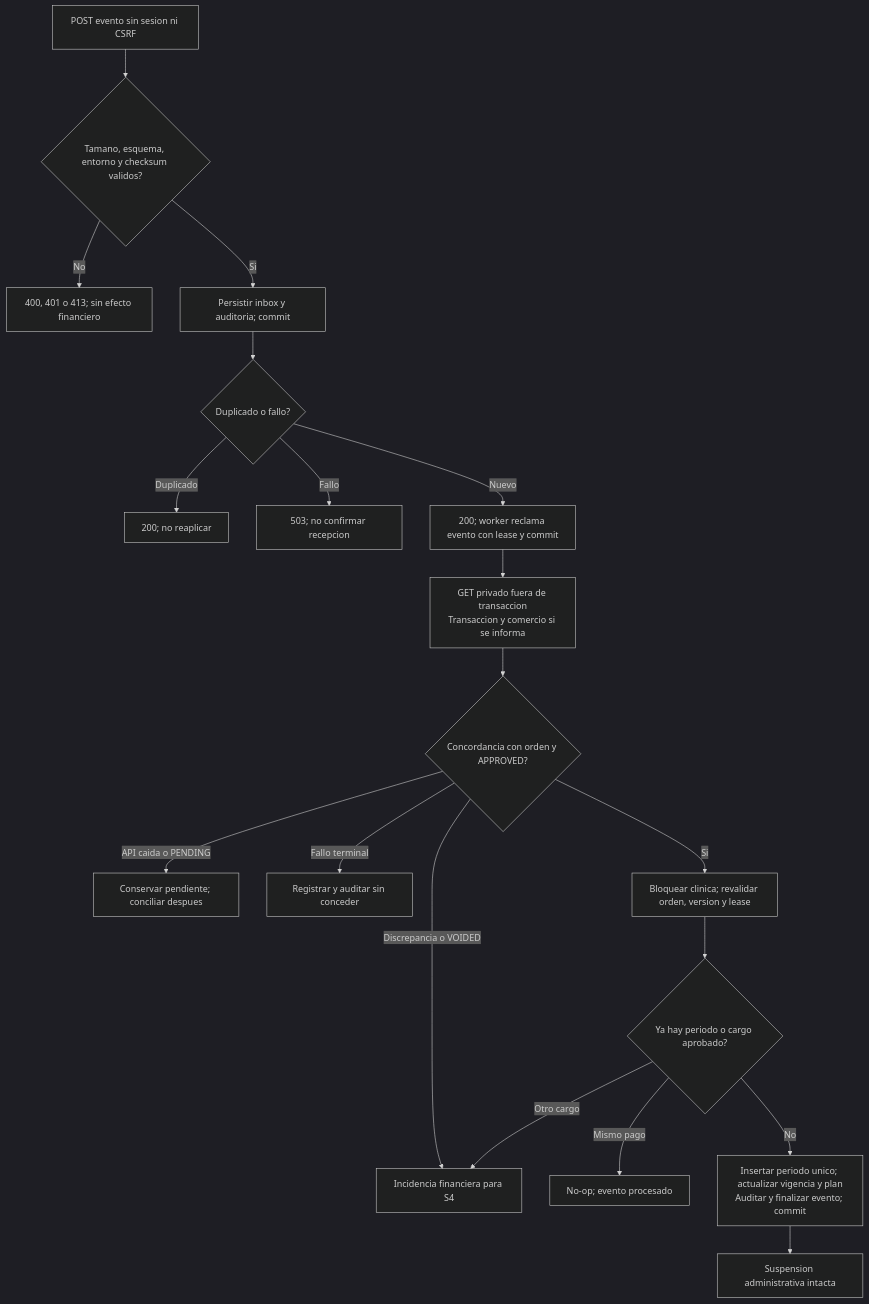
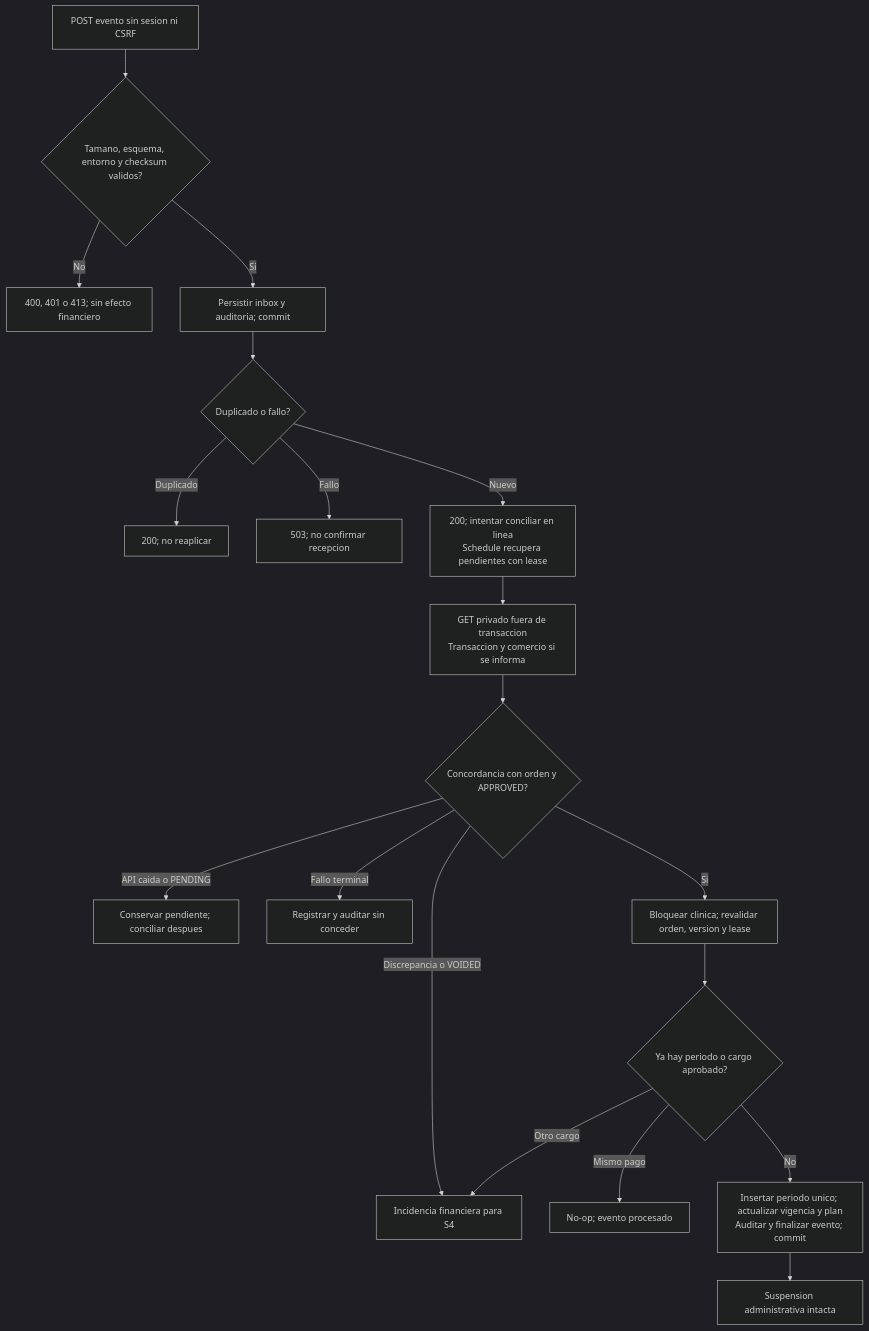
Diagram 33 of 35 in documentacion/Modelos.md (carvajal7lsch-commits/Zooki), drawn with Mermaid (dark theme) before and after one commit. The commit also changed other lines of this file and 8 other files, not shown here.

````diff
--- a/documentacion/Modelos.md
+++ b/documentacion/Modelos.md
@@ -1419,21 +1419,21 @@
 ```mermaid
 flowchart TD
   A["POST evento sin sesion ni CSRF"] --> B{"Tamano, esquema, entorno y checksum validos?"}
   B -- No --> N["400, 401 o 413; sin efecto financiero"]
   B -- Si --> C["Persistir inbox y auditoria; commit"]
   C --> D{"Duplicado o fallo?"}
   D -- Duplicado --> OK["200; no reaplicar"]
   D -- Fallo --> ERR["503; no confirmar recepcion"]
-  D -- Nuevo --> ACK["200; worker reclama evento con lease y commit"]
+  D -- Nuevo --> ACK["200; intentar conciliar en linea\nSchedule recupera pendientes con lease"]
   ACK --> API["GET privado fuera de transaccion\nTransaccion y comercio si se informa"]
   API --> V{"Concordancia con orden y APPROVED?"}
   V -- "API caida o PENDING" --> RET["Conservar pendiente; conciliar despues"]
   V -- "Fallo terminal" --> EST["Registrar y auditar sin conceder"]
   V -- "Discrepancia o VOIDED" --> REV["Incidencia financiera para S4"]
   V -- Si --> LOCK["Bloquear clinica; revalidar orden, version y lease"]
   LOCK --> P{"Ya hay periodo o cargo aprobado?"}
   P -- "Mismo pago" --> DUP["No-op; evento procesado"]
   P -- "Otro cargo" --> REV
   P -- No --> TX["Insertar periodo unico; actualizar vigencia y plan\nAuditar y finalizar evento; commit"]
   TX --> FIN["Suspension administrativa intacta"]
 ```
````
